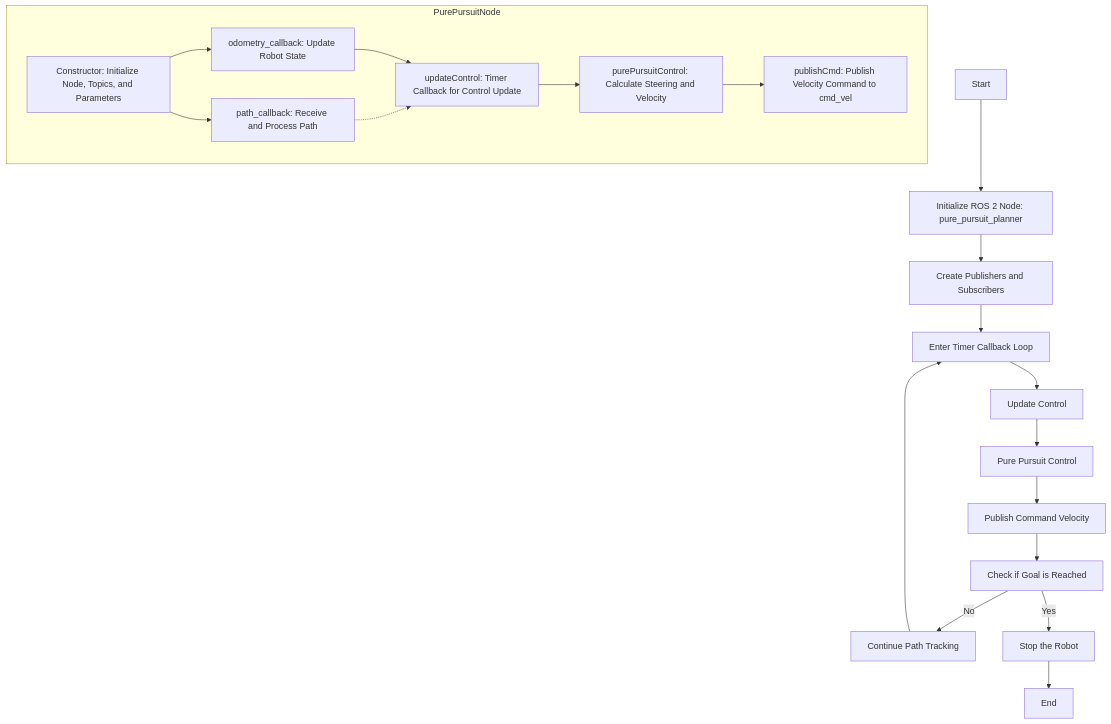
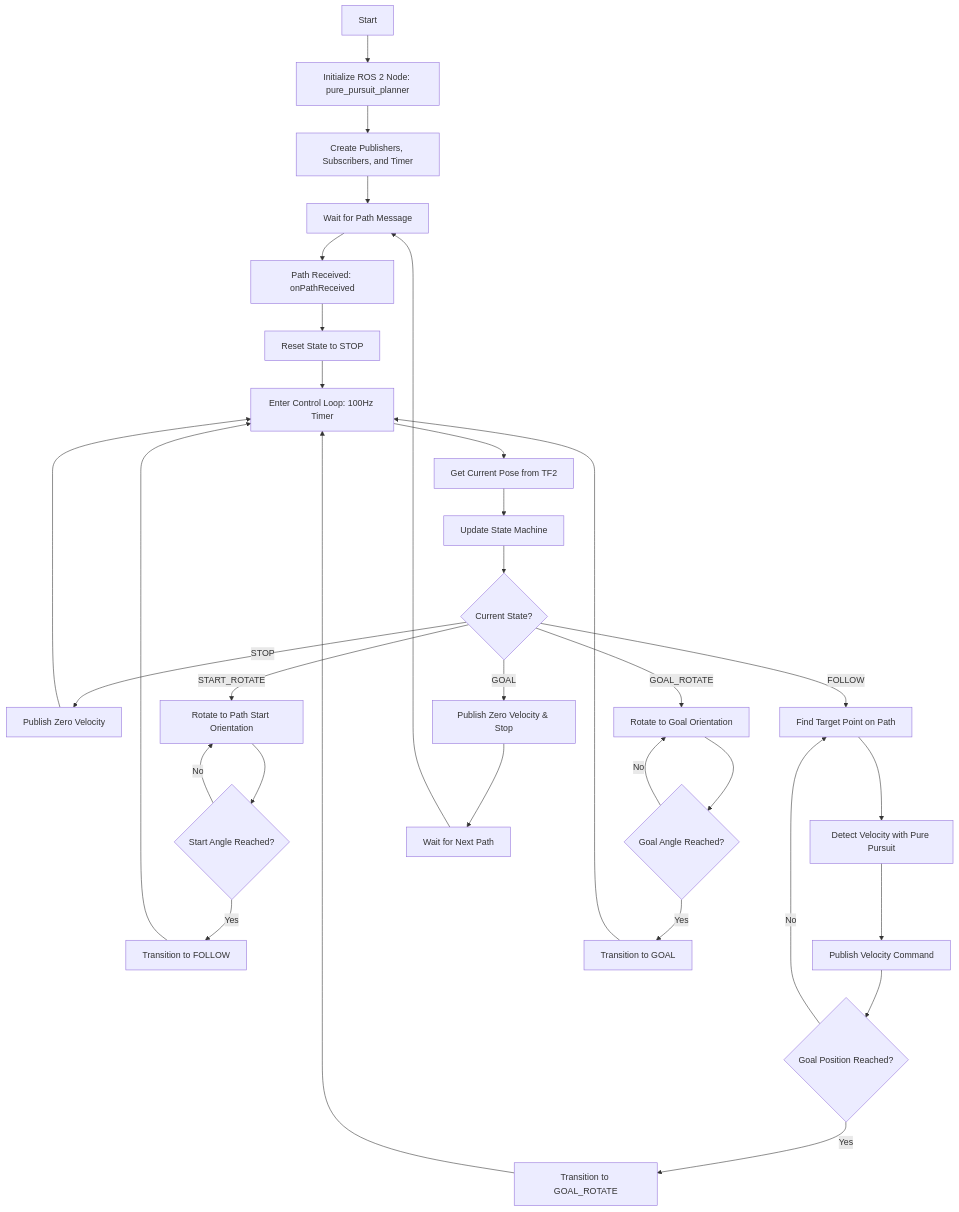
The second of 3 diagrams in README.md (suke-toudara/pure_pursuit_planner), drawn with Mermaid before and after one commit. The commit also changed other lines of this file and 1 other file, not shown here.

First line of the commit message:
Fix Pure Pursuit tracking issues and update README

````diff
--- a/README.md
+++ b/README.md
@@ -127,31 +158,41 @@
 ```mermaid
 flowchart TD
     A[Start] --> B[Initialize ROS 2 Node: pure_pursuit_planner]
-    B --> C[Create Publishers and Subscribers]
-    C --> D[Enter Timer Callback Loop]
-    D --> E[Update Control]
-    E --> F[Pure Pursuit Control]
-    F --> G[Publish Command Velocity]
-    G --> H[Check if Goal is Reached]
-    H -->|No| I[Continue Path Tracking]
-    H -->|Yes| J[Stop the Robot]
-    I --> D
-    J --> K[End]
+    B --> C[Create Publishers, Subscribers, and Timer]
+    C --> D[Wait for Path Message]
+    D --> E[Path Received: onPathReceived]
+    E --> F[Reset State to STOP]
+    F --> G[Enter Control Loop: 100Hz Timer]
 
-    subgraph PurePursuitNode
-        L[Constructor: Initialize Node, Topics, and Parameters]
-        M[odometry_callback: Update Robot State]
-        N[path_callback: Receive and Process Path]
-        O[updateControl: Timer Callback for Control Update]
-        P[purePursuitControl: Calculate Steering and Velocity]
-        Q[publishCmd: Publish Velocity Command to cmd_vel]
-    end
+    G --> H[Get Current Pose from TF2]
+    H --> I[Update State Machine]
 
-    L --> M
-    L --> N
-    M --> O
-    N -.-> O
-    O --> P
-    P --> Q
+    I --> J{Current State?}
 
+    J -->|STOP| K[Publish Zero Velocity]
+    J -->|START_ROTATE| L[Rotate to Path Start Orientation]
+    J -->|FOLLOW| M[Find Target Point on Path]
+    J -->|GOAL_ROTATE| N[Rotate to Goal Orientation]
+    J -->|GOAL| O[Publish Zero Velocity & Stop]
+
+    L --> P{Start Angle Reached?}
+    P -->|Yes| Q[Transition to FOLLOW]
+    P -->|No| L
+
+    M --> R[Detect Velocity with Pure Pursuit]
+    R --> S[Publish Velocity Command]
+    S --> T{Goal Position Reached?}
+    T -->|Yes| U[Transition to GOAL_ROTATE]
+    T -->|No| M
+
+    N --> V{Goal Angle Reached?}
+    V -->|Yes| W[Transition to GOAL]
+    V -->|No| N
+
+    K --> G
+    Q --> G
+    U --> G
+    W --> G
+    O --> X[Wait for Next Path]
+    X --> D
 ```
````
